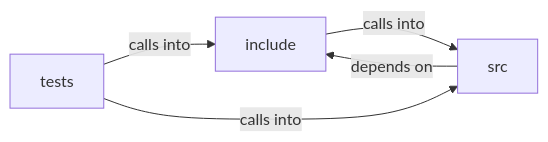
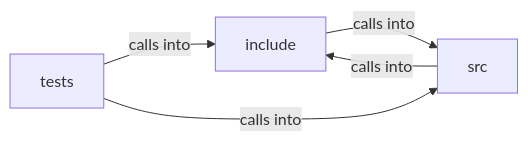
One commit to grisuno/FreeDom changed the diagram in readmenator-diagrams/include_secure_fetch.md. Above: the diagram before and after it, drawn with Mermaid. The commit also changed other lines of this file and 253 other files, not shown here.

````diff
--- a/readmenator-diagrams/include_secure_fetch.md
+++ b/readmenator-diagrams/include_secure_fetch.md
@@ -5,10 +5,10 @@
 ```mermaid
 graph LR
     include["include"]
     src["src"]
     tests["tests"]
     include -- "calls into" --> src
-    src -- "depends on" --> include
+    src -- "calls into" --> include
     tests -- "calls into" --> include
     tests -- "calls into" --> src
 ```
````
